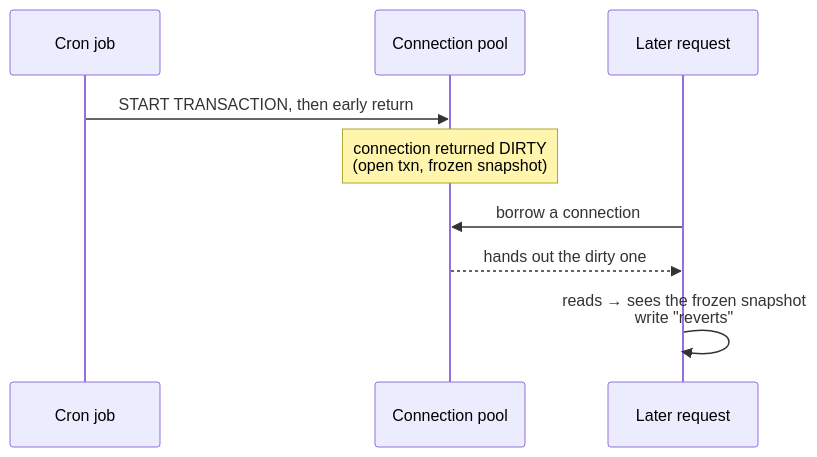
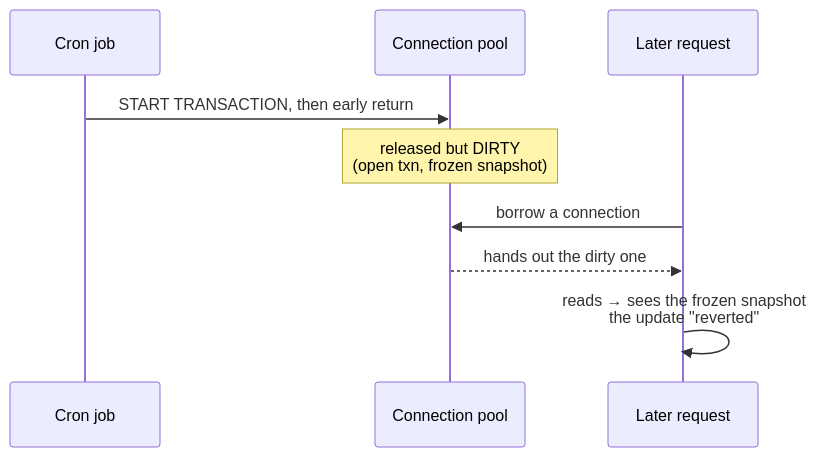
Before and after one commit to kukjun/blog: the diagram in src/content/blog/en/unclosed-transaction-pool.md, drawn with Mermaid. The commit also changed other lines of this file and 5 other files, not shown here.

````diff
--- a/src/content/blog/en/unclosed-transaction-pool.md
+++ b/src/content/blog/en/unclosed-transaction-pool.md
@@ -73,11 +84,11 @@
 ```mermaid
 sequenceDiagram
   participant Cron as Cron job
   participant Pool as Connection pool
   participant User as Later request
   Cron->>Pool: START TRANSACTION, then early return
-  Note over Pool: connection returned DIRTY<br/>(open txn, frozen snapshot)
+  Note over Pool: released but DIRTY<br/>(open txn, frozen snapshot)
   User->>Pool: borrow a connection
   Pool-->>User: hands out the dirty one
-  User->>User: reads → sees the frozen snapshot<br/>write "reverts"
+  User->>User: reads → sees the frozen snapshot<br/>the update "reverted"
 ```
````
